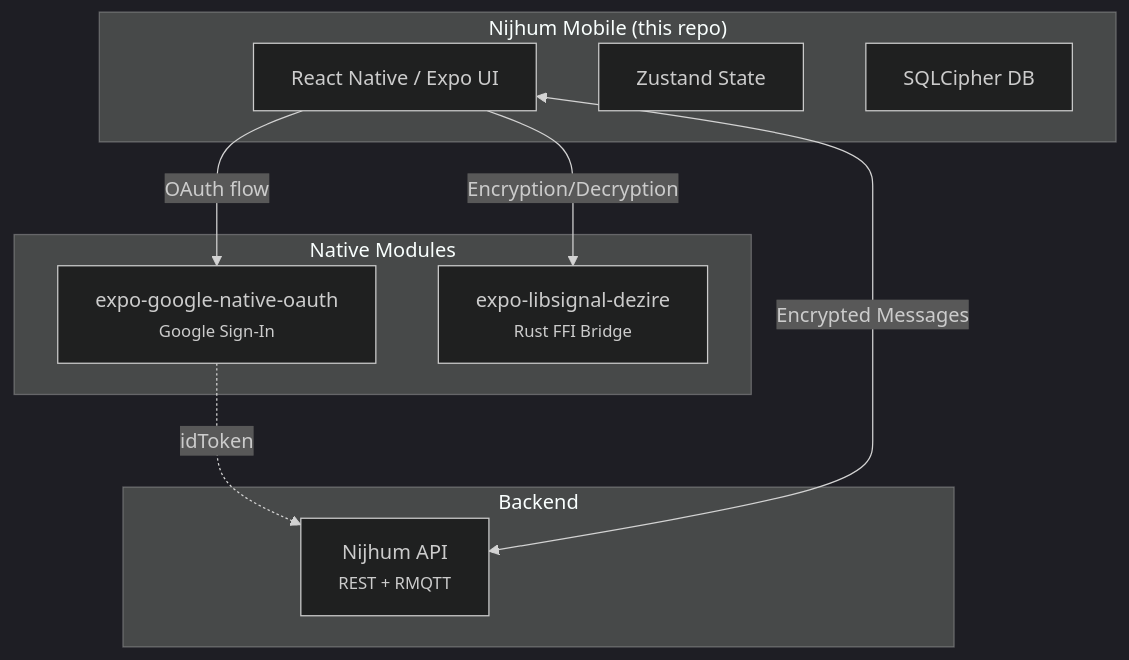
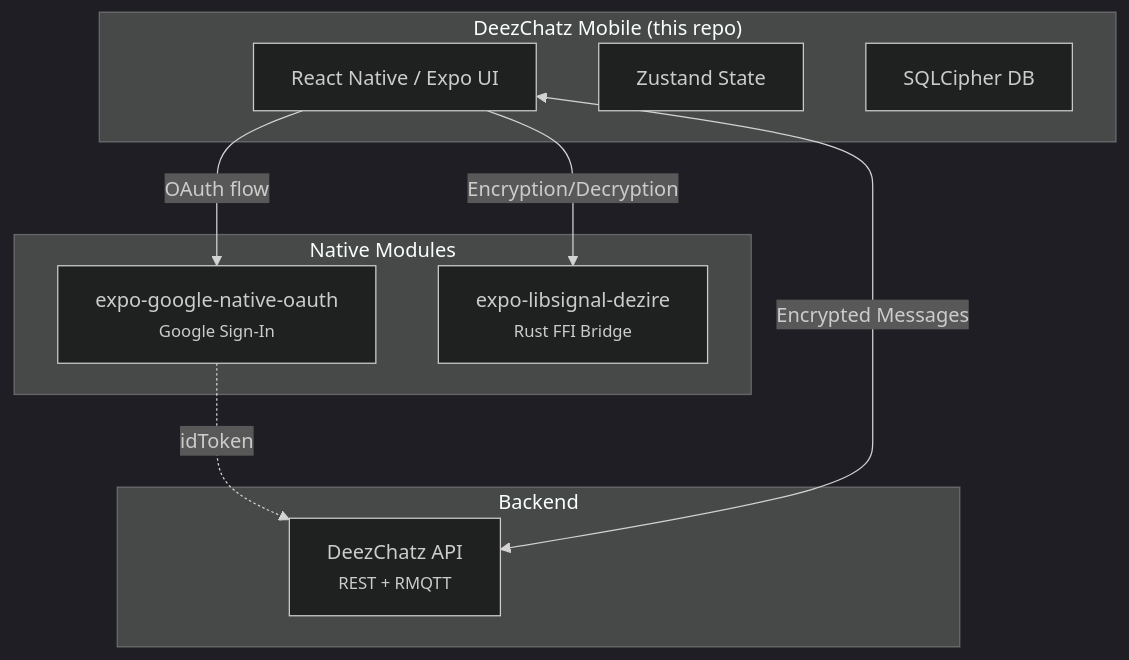
One commit to deez-in/deezchatz-mobile changed the diagram in README.md. Above: the diagram before and after it, drawn with Mermaid (dark theme). The commit also changed other lines of this file and 13 other files, not shown here.

````diff
--- a/README.md
+++ b/README.md
@@ -22,22 +19,22 @@
 ```mermaid
 graph TD
-    subgraph "Nijhum Mobile (this repo)"
+    subgraph "DeezChatz Mobile (this repo)"
         UI["React Native / Expo UI"]
         STATE["Zustand State"]
         DB["SQLCipher DB"]
     end
 
     subgraph "Native Modules"
         OAUTH["expo-google-native-oauth<br/><small>Google Sign-In</small>"]
         CRYPTO["expo-libsignal-dezire<br/><small>Rust FFI Bridge</small>"]
     end
 
     subgraph "Backend"
-        API["Nijhum API<br/><small>REST + RMQTT</small>"]
+        API["DeezChatz API<br/><small>REST + RMQTT</small>"]
     end
 
     UI -->|"OAuth flow"| OAUTH
     OAUTH -.->|"idToken"| API
     UI -->|"Encryption/Decryption"| CRYPTO
     UI <-->|"Encrypted Messages"| API
 ```
````
